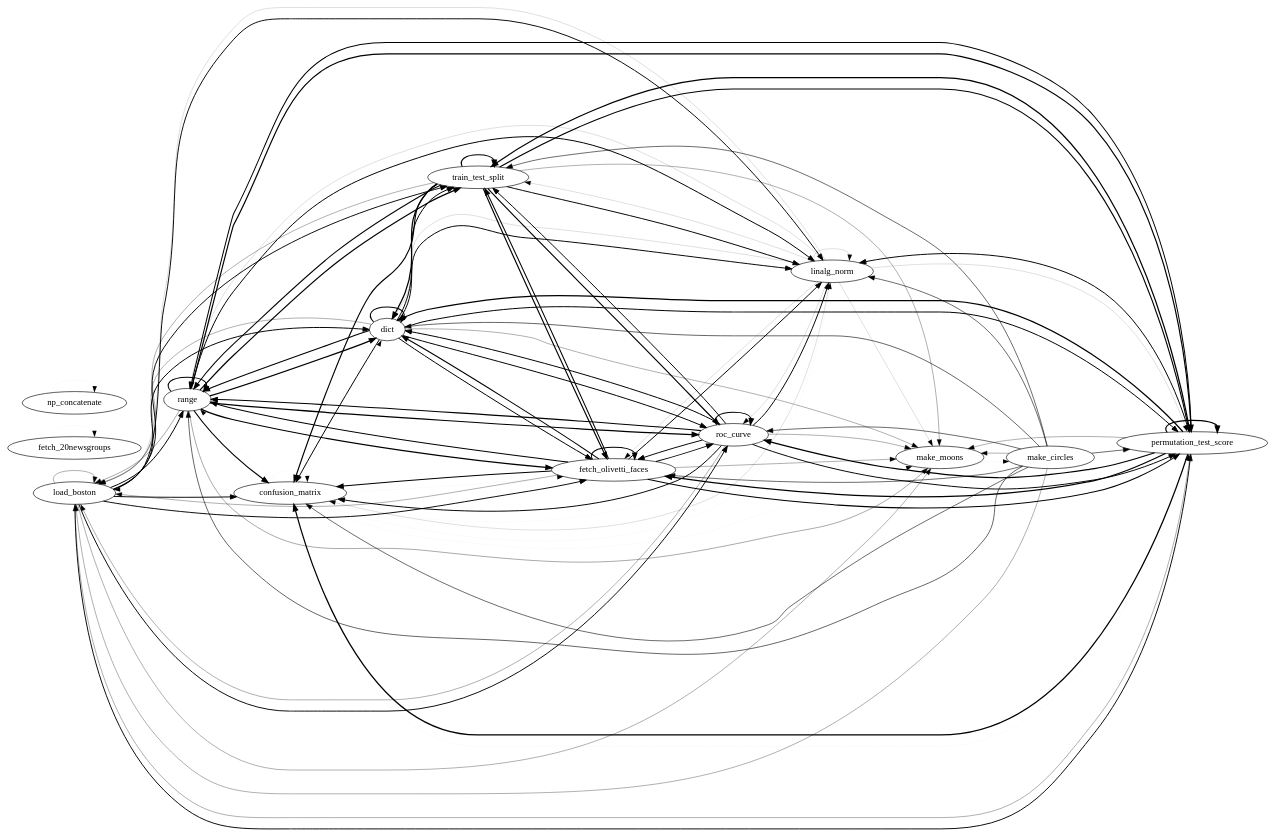
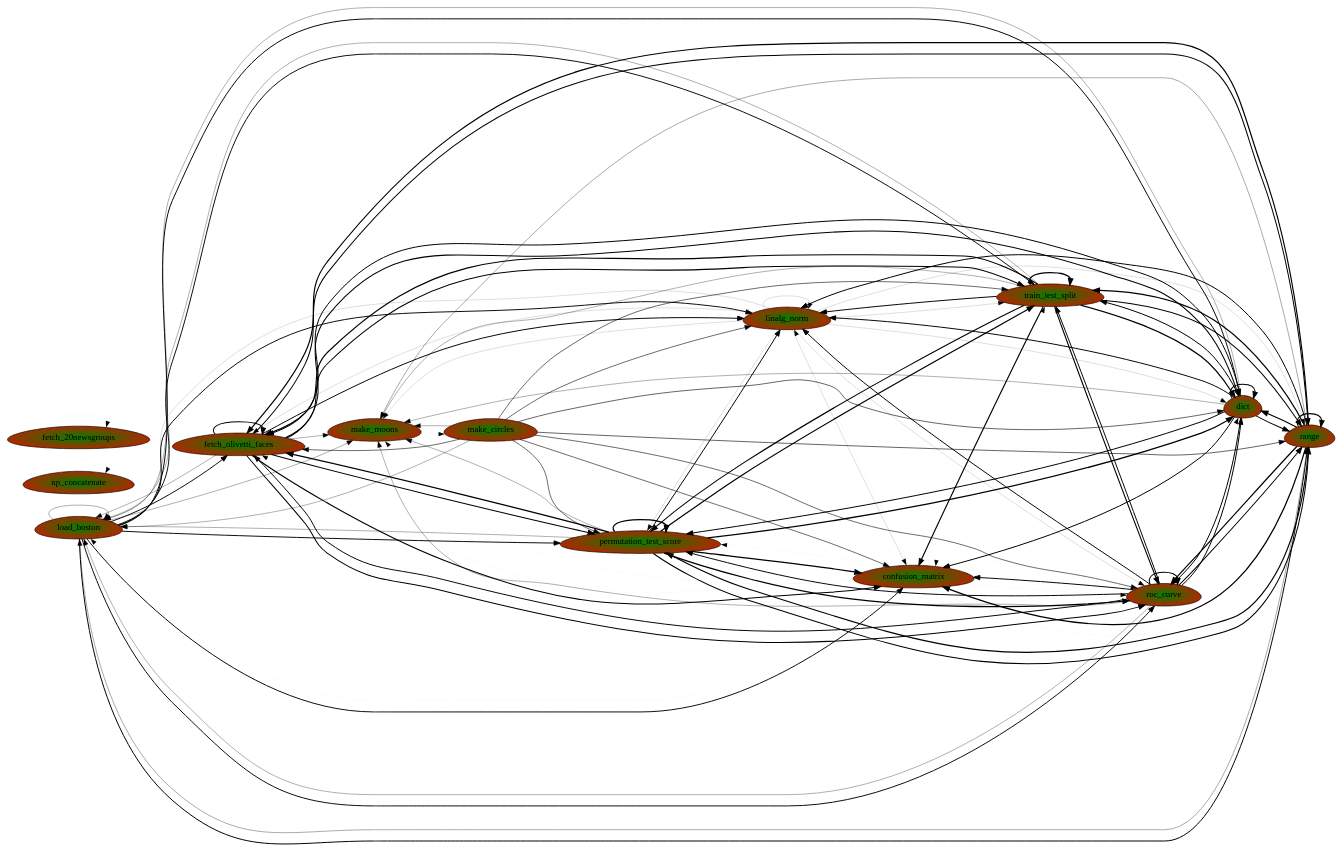
One commit to Multicia/Courses changed the diagram in Misc/LN/findingfuncs/new_output.dot. Above: the diagram before and after it, drawn with Graphviz. The commit also changed 3 other files, not shown here.

```diff
--- a/Misc/LN/findingfuncs/new_output.dot
+++ b/Misc/LN/findingfuncs/new_output.dot
@@ -1,106 +1,106 @@
 digraph G {
 rankdir=LR
-load_boston->load_boston [penwidth=0.5];
+load_boston[label="load_boston", shape="egg" style="radial" fillcolor="green;0.753595:red"]make_circles[label="make_circles", shape="egg" style="radial" fillcolor="green;0.995074:red"]np_concatenate[label="np_concatenate", shape="egg" style="radial" fillcolor="green;0.500025:red"]fetch_olivetti_faces[label="fetch_olivetti_faces", shape="egg" style="radial" fillcolor="green;0.516999:red"]range[label="range", shape="egg" style="radial" fillcolor="green;0.555086:red"]dict[label="dict", shape="egg" style="radial" fillcolor="green;0.503830:red"]roc_curve[label="roc_curve", shape="egg" style="radial" fillcolor="green;0.507045:red"]fetch_20newsgroups[label="fetch_20newsgroups", shape="egg" style="radial" fillcolor="green;0.500025:red"]train_test_split[label="train_test_split", shape="egg" style="radial" fillcolor="green;0.535998:red"]confusion_matrix[label="confusion_matrix", shape="egg" style="radial" fillcolor="green;0.030958:red"]linalg_norm[label="linalg_norm", shape="egg" style="radial" fillcolor="green;0.148440:red"]permutation_test_score[label="permutation_test_score", shape="egg" style="radial" fillcolor="green;0.550308:red"]make_moons[label="make_moons", shape="egg" style="radial" fillcolor="green;0.009713:red"]load_boston->load_boston [penwidth=0.5];
 range->load_boston [penwidth=0.541666666667];
 permutation_test_score->make_moons [penwidth=0.5];
 linalg_norm->make_moons [penwidth=0.208333333333];
 roc_curve->fetch_olivetti_faces [penwidth=1.54166666667];
 range->train_test_split [penwidth=1.91666666667];
 range->fetch_olivetti_faces [penwidth=1.875];
 dict->roc_curve [penwidth=1.58333333333];
 permutation_test_score->train_test_split [penwidth=1.95833333333];
 load_boston->fetch_olivetti_faces [penwidth=1.5];
 dict->train_test_split [penwidth=1.58333333333];
 roc_curve->load_boston [penwidth=0.5];
 permutation_test_score->roc_curve [penwidth=1.95833333333];
 linalg_norm->linalg_norm [penwidth=0.208333333333];
 make_circles->make_moons [penwidth=0.5];
 range->range [penwidth=1.66666666667];
 confusion_matrix->permutation_test_score [penwidth=0.0416666666667];
 make_circles->confusion_matrix [penwidth=0.916666666667];
 linalg_norm->load_boston [penwidth=0.208333333333];
 train_test_split->linalg_norm [penwidth=1.54166666667];
 range->roc_curve [penwidth=1.91666666667];
 permutation_test_score->range [penwidth=1.625];
 load_boston->confusion_matrix [penwidth=1.5];
 make_circles->load_boston [penwidth=0.5];
 linalg_norm->permutation_test_score [penwidth=0.208333333333];
 roc_curve->roc_curve [penwidth=1.625];
 range->dict [penwidth=1.95833333333];
 permutation_test_score->load_boston [penwidth=0.5];
 make_circles->dict [penwidth=0.958333333333];
 fetch_olivetti_faces->load_boston [penwidth=0.5];
 make_moons->make_circles [penwidth=0.0416666666667];
 dict->linalg_norm [penwidth=1.54166666667];
 make_circles->permutation_test_score [penwidth=0.916666666667];
 make_circles->linalg_norm [penwidth=0.916666666667];
 confusion_matrix->linalg_norm [penwidth=0.0416666666667];
 confusion_matrix->range [penwidth=0.0416666666667];
 permutation_test_score->linalg_norm [penwidth=1.54166666667];
 train_test_split->load_boston [penwidth=0.5];
 roc_curve->permutation_test_score [penwidth=1.54166666667];
 roc_curve->make_moons [penwidth=0.5];
 linalg_norm->range [penwidth=0.208333333333];
 train_test_split->make_moons [penwidth=0.5];
 permutation_test_score->fetch_olivetti_faces [penwidth=1.95833333333];
 train_test_split->fetch_olivetti_faces [penwidth=1.79166666667];
 fetch_olivetti_faces->range [penwidth=1.625];
 fetch_olivetti_faces->confusion_matrix [penwidth=1.625];
 confusion_matrix->dict [penwidth=0.0416666666667];
 confusion_matrix->roc_curve [penwidth=0.0416666666667];
 linalg_norm->fetch_olivetti_faces [penwidth=0.208333333333];
 roc_curve->linalg_norm [penwidth=1.54166666667];
 load_boston->make_moons [penwidth=0.5];
 fetch_olivetti_faces->permutation_test_score [penwidth=1.625];
 confusion_matrix->make_moons [penwidth=0.0416666666667];
 train_test_split->confusion_matrix [penwidth=1.83333333333];
 permutation_test_score->confusion_matrix [penwidth=1.95833333333];
 make_circles->range [penwidth=0.958333333333];
 make_circles->fetch_olivetti_faces [penwidth=0.916666666667];
 load_boston->train_test_split [penwidth=1.5];
 roc_curve->train_test_split [penwidth=1.54166666667];
 linalg_norm->confusion_matrix [penwidth=0.208333333333];
 load_boston->range [penwidth=1.58333333333];
 dict->range [penwidth=1.66666666667];
 roc_curve->confusion_matrix [penwidth=1.54166666667];
 fetch_20newsgroups->fetch_20newsgroups [penwidth=0.0416666666667];
 linalg_norm->dict [penwidth=0.208333333333];
 roc_curve->range [penwidth=1.625];
 permutation_test_score->dict [penwidth=2.0];
 permutation_test_score->permutation_test_score [penwidth=1.95833333333];
 range->linalg_norm [penwidth=1.58333333333];
 fetch_olivetti_faces->fetch_olivetti_faces [penwidth=1.625];
 load_boston->linalg_norm [penwidth=1.5];
 train_test_split->dict [penwidth=1.95833333333];
 confusion_matrix->load_boston [penwidth=0.0416666666667];
 dict->confusion_matrix [penwidth=1.58333333333];
 train_test_split->permutation_test_score [penwidth=1.79166666667];
 fetch_olivetti_faces->linalg_norm [penwidth=1.54166666667];
 fetch_olivetti_faces->train_test_split [penwidth=1.625];
 range->permutation_test_score [penwidth=1.875];
 dict->load_boston [penwidth=0.5];
 dict->permutation_test_score [penwidth=1.58333333333];
 train_test_split->roc_curve [penwidth=1.79166666667];
 linalg_norm->roc_curve [penwidth=0.208333333333];
 np_concatenate->np_concatenate [penwidth=0.0416666666667];
 train_test_split->train_test_split [penwidth=1.875];
 load_boston->permutation_test_score [penwidth=1.5];
 fetch_olivetti_faces->make_moons [penwidth=0.5];
 dict->make_moons [penwidth=0.5];
 make_circles->roc_curve [penwidth=0.916666666667];
 range->confusion_matrix [penwidth=1.875];
 confusion_matrix->confusion_matrix [penwidth=0.0416666666667];
 train_test_split->range [penwidth=1.625];
 dict->fetch_olivetti_faces [penwidth=1.58333333333];
 confusion_matrix->fetch_olivetti_faces [penwidth=0.0416666666667];
 roc_curve->dict [penwidth=1.58333333333];
 load_boston->roc_curve [penwidth=1.5];
 linalg_norm->train_test_split [penwidth=0.208333333333];
 dict->dict [penwidth=1.66666666667];
 load_boston->dict [penwidth=1.54166666667];
 make_circles->train_test_split [penwidth=0.916666666667];
 confusion_matrix->train_test_split [penwidth=0.0416666666667];
 fetch_olivetti_faces->dict [penwidth=1.66666666667];
 fetch_olivetti_faces->roc_curve [penwidth=1.625];
 range->make_moons [penwidth=0.541666666667];
 }
```
